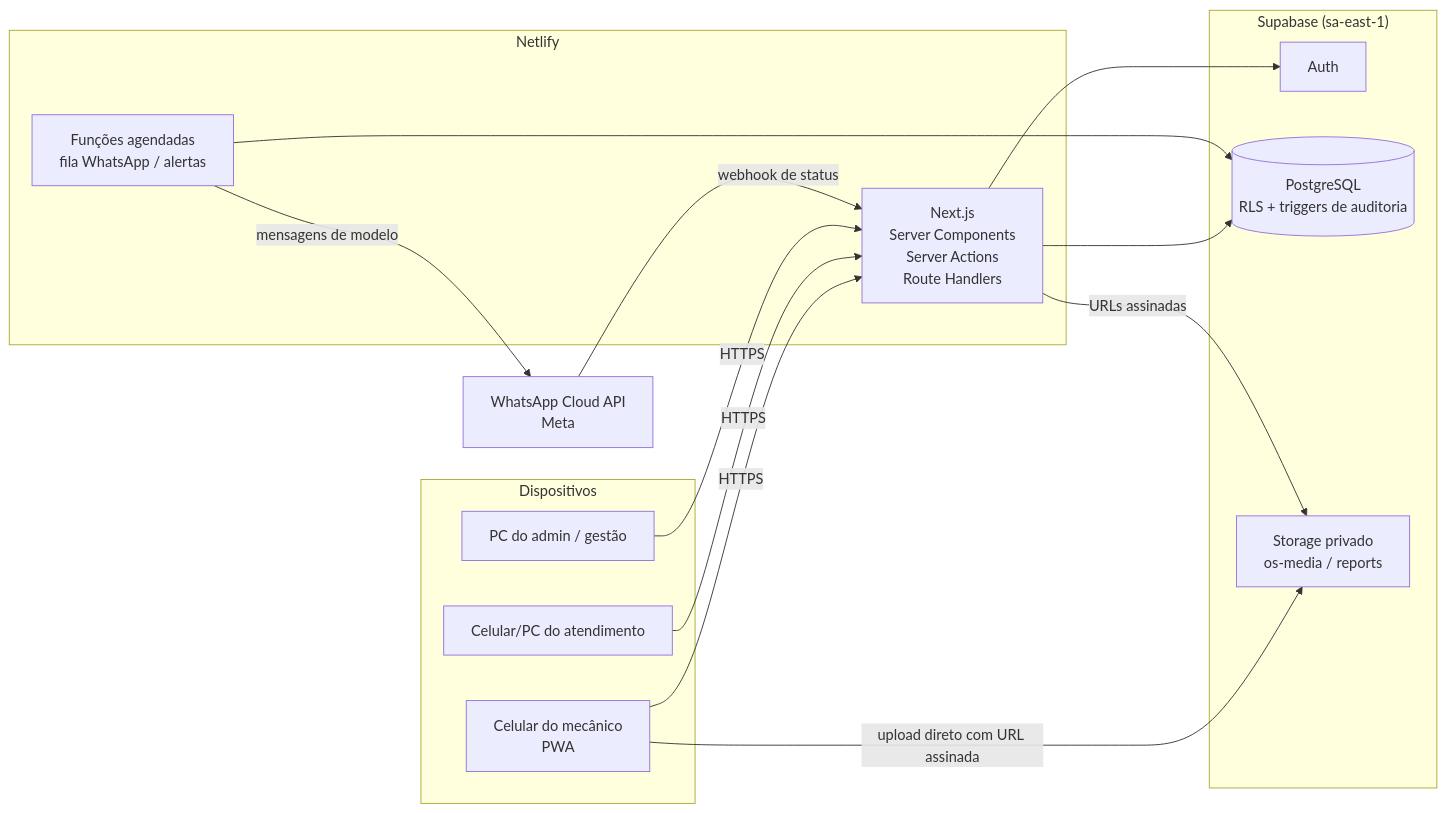
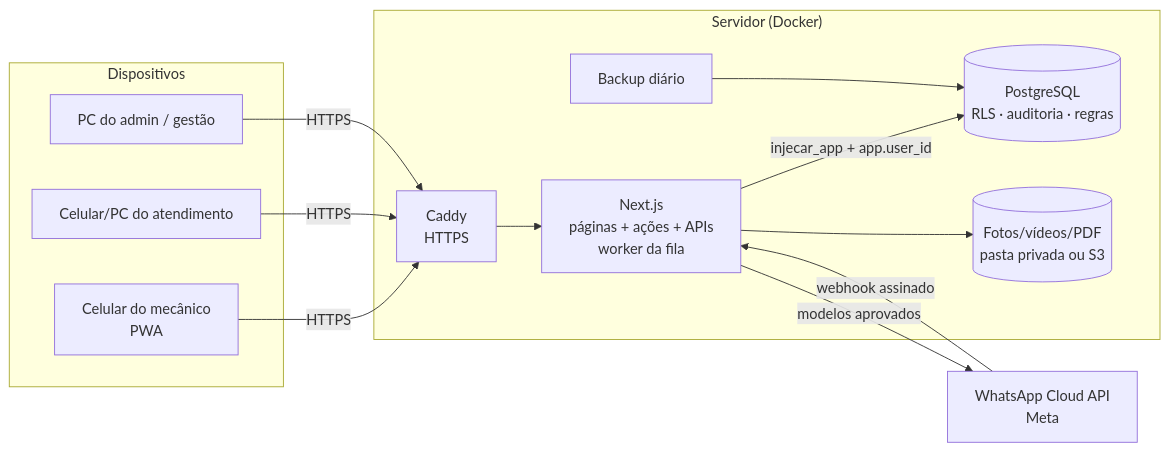
The first of 2 diagrams in docs/02-arquitetura.md (jordanaporto/jordana), drawn with Mermaid before and after one commit. The commit also changed other lines of this file and 25 other files, not shown here.

````diff
--- a/docs/02-arquitetura.md
+++ b/docs/02-arquitetura.md
@@ -24,30 +32,25 @@
 ```mermaid
 flowchart LR
   subgraph Dispositivos
     M[Celular do mecânico<br/>PWA]
     A[Celular/PC do atendimento]
     D[PC do admin / gestão]
   end
 
-  subgraph Netlify
-    N[Next.js<br/>Server Components<br/>Server Actions<br/>Route Handlers]
-    C[Funções agendadas<br/>fila WhatsApp / alertas]
-  end
-
-  subgraph Supabase["Supabase (sa-east-1)"]
-    AU[Auth]
-    PG[(PostgreSQL<br/>RLS + triggers de auditoria)]
-    ST[Storage privado<br/>os-media / reports]
+  subgraph Servidor["Servidor (Docker)"]
+    C[Caddy<br/>HTTPS]
+    N[Next.js<br/>páginas + ações + APIs<br/>worker da fila]
+    PG[(PostgreSQL<br/>RLS · auditoria · regras)]
+    ST[(Fotos/vídeos/PDF<br/>pasta privada ou S3)]
+    B[Backup diário]
   end
 
   W[WhatsApp Cloud API<br/>Meta]
 
-  M & A & D -->|HTTPS| N
-  M -->|upload direto com URL assinada| ST
-  N --> AU
-  N --> PG
-  N -->|URLs assinadas| ST
-  C --> PG
-  C -->|mensagens de modelo| W
-  W -->|webhook de status| N
+  M & A & D -->|HTTPS| C --> N
+  N -->|injecar_app + app.user_id| PG
+  N --> ST
+  N -->|modelos aprovados| W
+  W -->|webhook assinado| N
+  B --> PG
 ```
````
